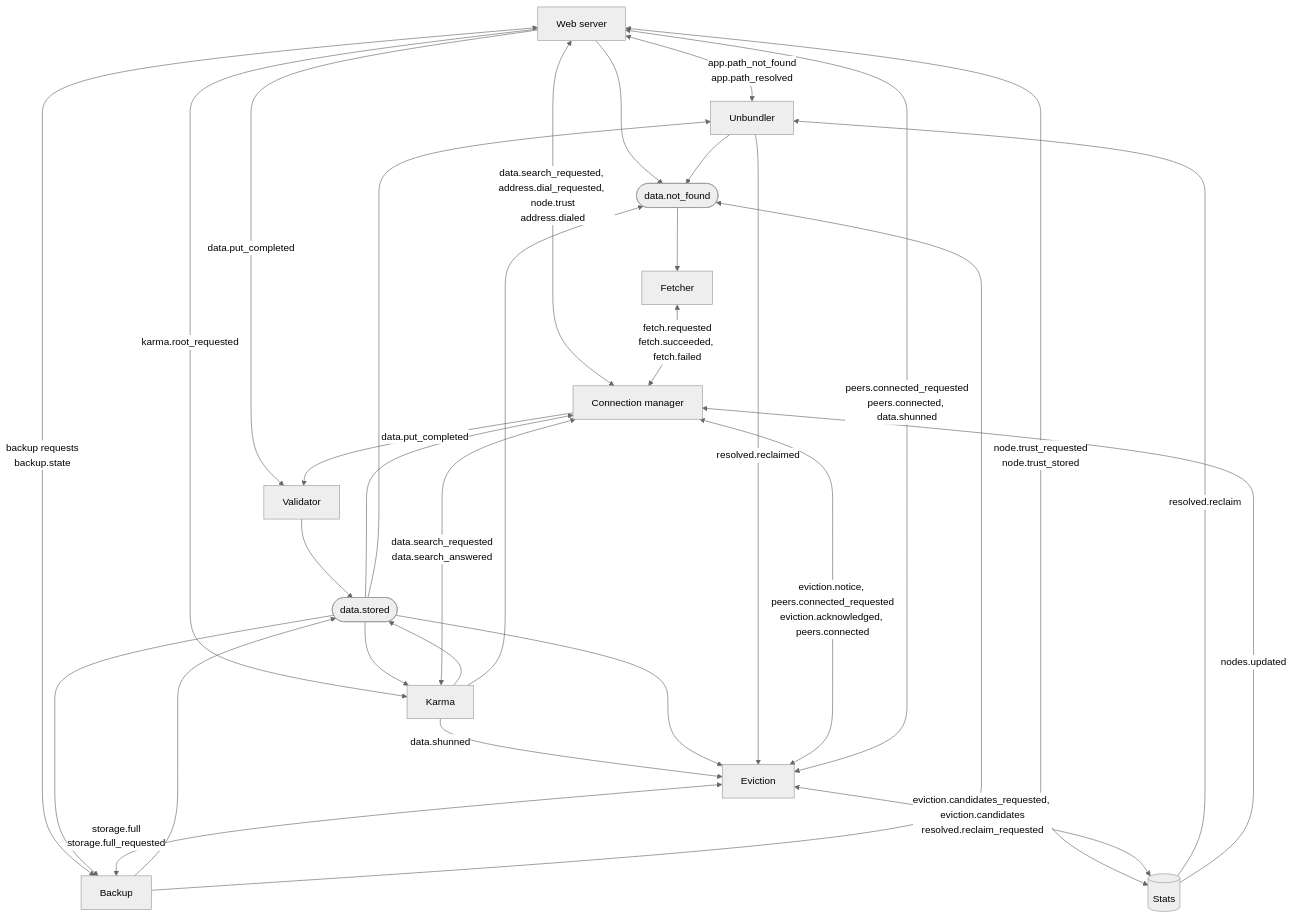
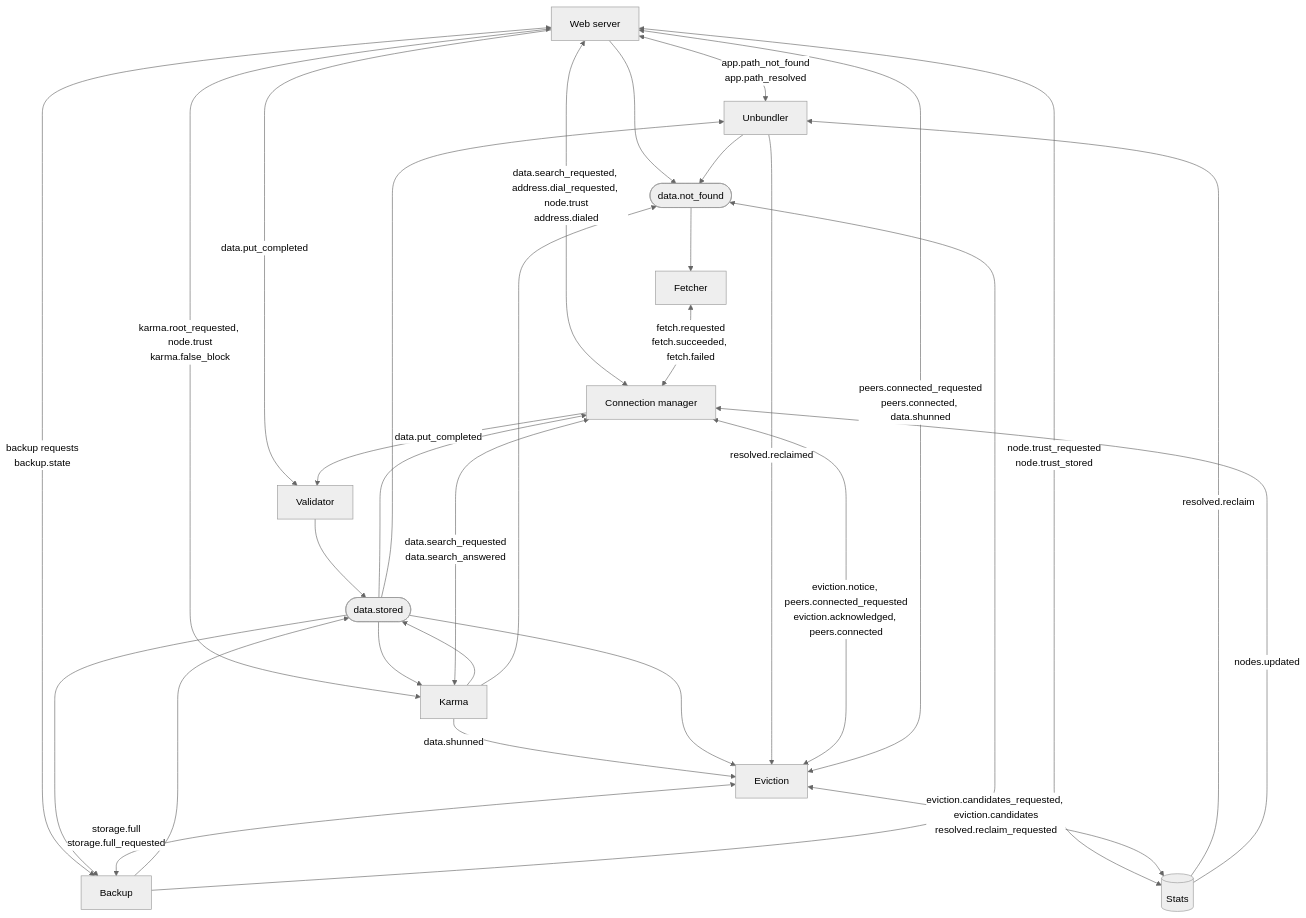
One commit to marcpage/libranet changed the eighth of 13 diagrams in docs/implementation/Module System.md. Above: the diagram before and after it, drawn with Mermaid (neutral theme). The commit also changed other lines of this file and 24 other files, not shown here.

First line of the commit message:
Distrusting false Karma builders (#445) (#493)

````diff
--- a/docs/implementation/Module System.md
+++ b/docs/implementation/Module System.md
@@ -1057,45 +1064,45 @@
 ```mermaid
 flowchart TB
     web["Web server"]
     unb["Unbundler"]
     backup["Backup"]
     karma["Karma"]
     val["Validator"]
     fetch["Fetcher"]
     conn["Connection manager"]
     evict["Eviction"]
     stats[("Stats")]
     stored(["data.stored"])
     missing(["data.not_found"])
 
     web <-->|"app.path_not_found<br/>app.path_resolved"| unb
     web <-->|"backup requests<br/>backup.state"| backup
     web -->|"data.put_completed"| val
     web <-->|"data.search_requested, address.dial_requested, node.trust<br/>address.dialed"| conn
     web <-->|"node.trust_requested<br/>node.trust_stored"| stats
-    web -->|"karma.root_requested"| karma
+    web <-->|"karma.root_requested, node.trust<br/>karma.false_block"| karma
     karma <-->|"data.search_requested<br/>data.search_answered"| conn
     karma -->|"data.shunned"| evict
     conn -->|"data.put_completed"| val
     val --> stored
     backup --> stored
     karma --> stored
     stored --> conn
     stored --> evict
     stored --> backup
     stored --> unb
     stored --> karma
     web --> missing
     unb --> missing
     backup --> missing
     karma --> missing
     missing --> fetch
     fetch <-->|"fetch.requested<br/>fetch.succeeded, fetch.failed"| conn
     evict <-->|"eviction.notice, peers.connected_requested<br/>eviction.acknowledged, peers.connected"| conn
     evict <-->|"peers.connected_requested<br/>peers.connected, data.shunned"| web
     evict <-->|"storage.full<br/>storage.full_requested"| backup
     evict <-->|"eviction.candidates_requested, eviction.candidates<br/>resolved.reclaim_requested"| stats
     stats -->|"resolved.reclaim"| unb
     unb -->|"resolved.reclaimed"| evict
     stats -->|"nodes.updated"| conn
 ```
````
